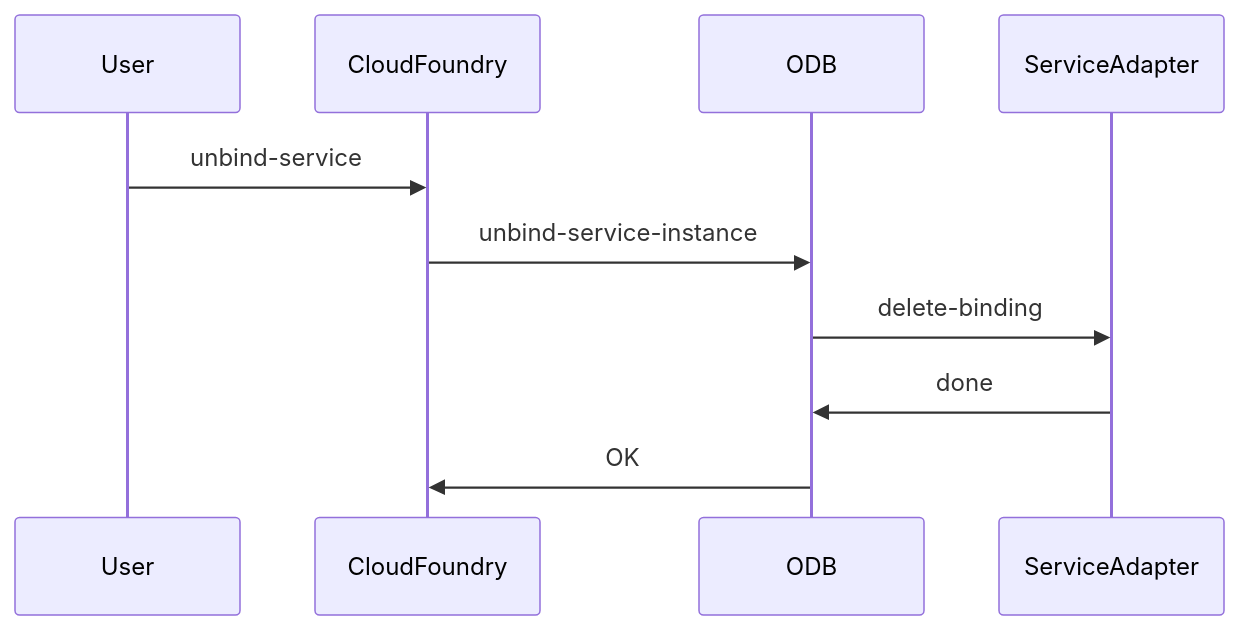
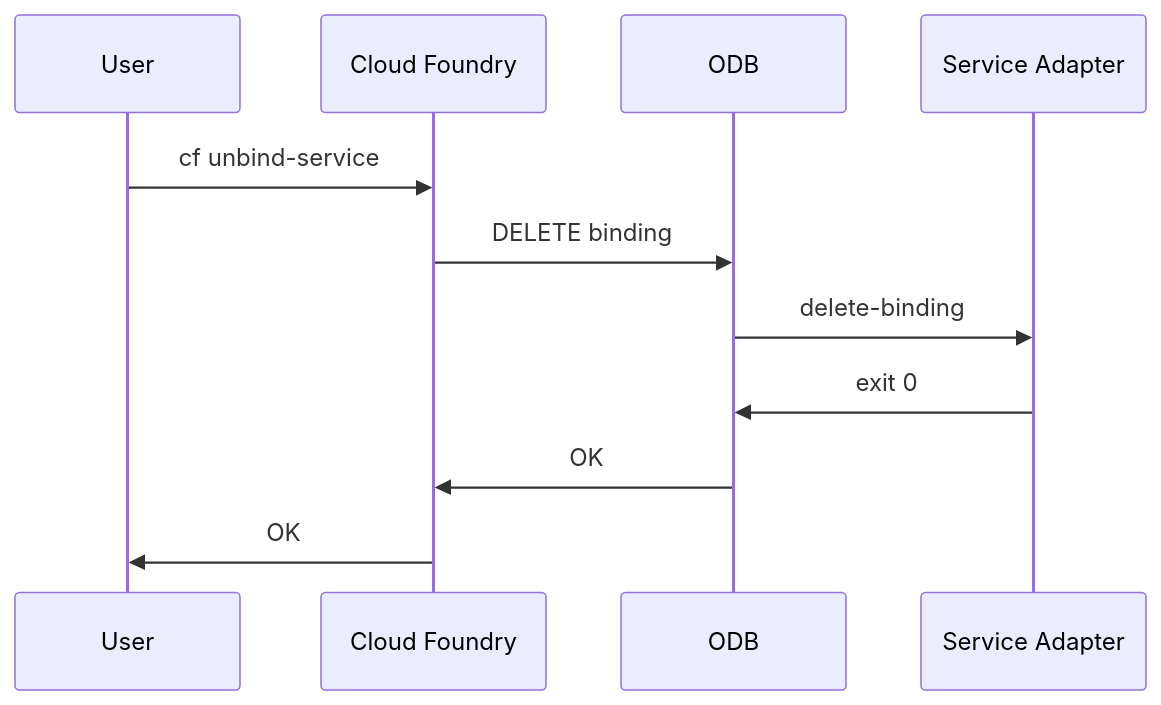
One commit to pivotal-cf/docs-on-demand-service-broker changed the diagram in mmd/unbind_service_workflow.mmd. Above: the diagram before and after it, drawn with Mermaid. The commit also changed 11 other files, not shown here.

First line of the commit message:
Full service of sequence diagrams

```diff
--- a/mmd/unbind_service_workflow.mmd
+++ b/mmd/unbind_service_workflow.mmd
@@ -1,8 +1,9 @@
-<div class="mermaid">  
+<div class="mermaid">
 sequenceDiagram
-  User->>CloudFoundry:unbind-service
-  CloudFoundry->>ODB:unbind-service-instance
-  ODB->>ServiceAdapter:delete-binding
-  ServiceAdapter->>ODB:done
-  ODB->>CloudFoundry:OK
+  User->>Cloud Foundry:cf unbind-service
+  Cloud Foundry->>ODB:DELETE binding
+  ODB->>Service Adapter:delete-binding
+  Service Adapter->>ODB:exit 0
+  ODB->>Cloud Foundry:OK
+  Cloud Foundry->>User:OK
 </div>
```
